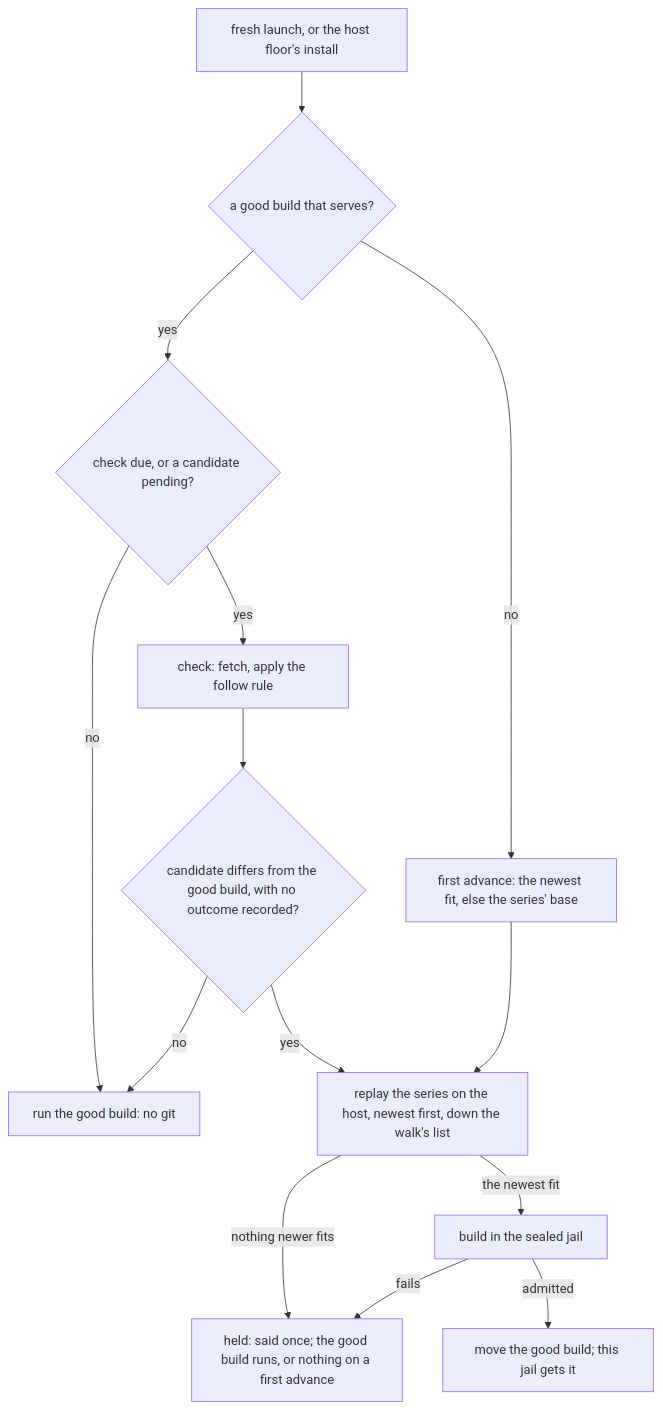
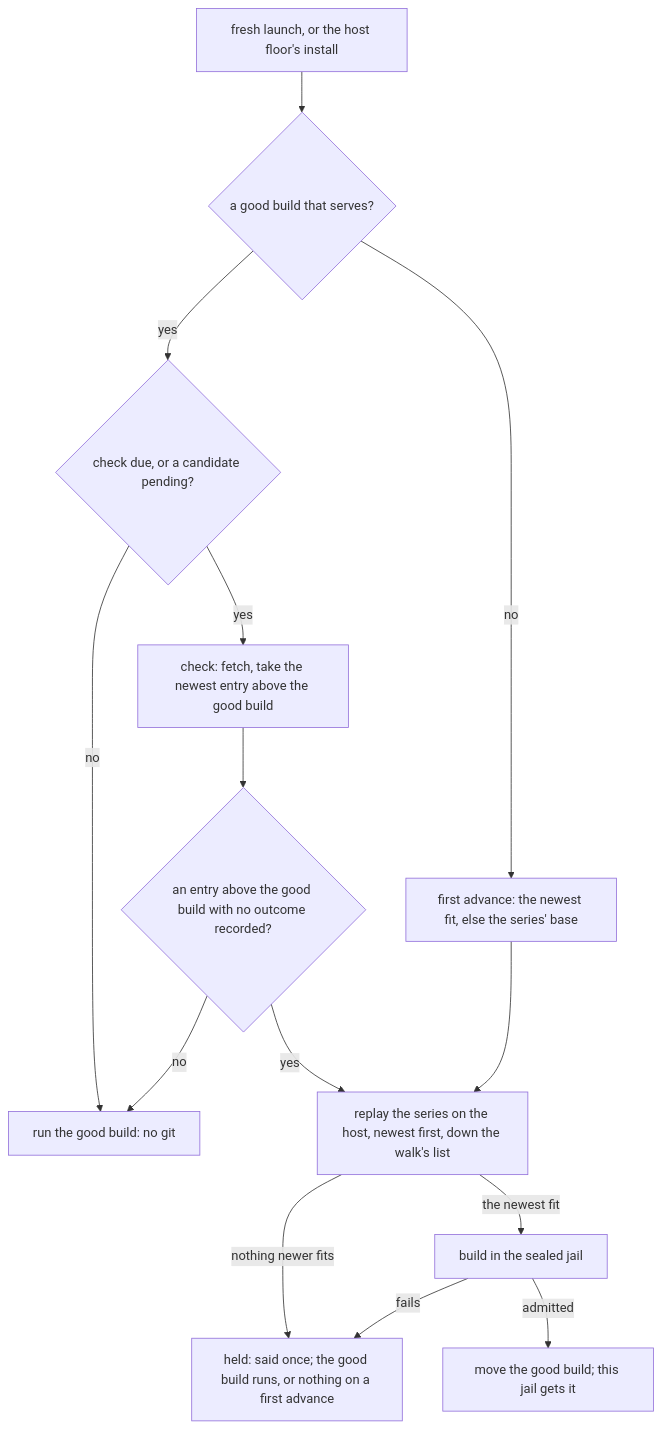
Before and after one commit to mschulkind-oss/yolo-jail: the diagram in docs/design/patched-forks.md, drawn with Mermaid. The commit also changed other lines of this file and 2 other files, not shown here.

First line of the commit message:
docs(design): pin what a patched fork's check finds, and correct the extension companion

````diff
--- a/docs/design/patched-forks.md
+++ b/docs/design/patched-forks.md
@@ -728,16 +747,16 @@
 ```mermaid
 flowchart TD
   act["fresh launch, or the host floor's install"] --> good{"a good build that serves?"}
   good -- "no" --> first["first advance: the newest fit, else the series' base"]
   good -- "yes" --> due{"check due, or a candidate pending?"}
   due -- "no" --> serve["run the good build: no git"]
-  due -- "yes" --> check["check: fetch, apply the follow rule"]
-  check --> diff{"candidate differs from the good build, with no outcome recorded?"}
+  due -- "yes" --> check["check: fetch, take the newest entry above the good build"]
+  check --> diff{"an entry above the good build with no outcome recorded?"}
   diff -- "no" --> serve
   diff -- "yes" --> replay["replay the series on the host, newest first, down the walk's list"]
   first --> replay
   replay -- "nothing newer fits" --> held["held: said once; the good build runs, or nothing on a first advance"]
   replay -- "the newest fit" --> build["build in the sealed jail"]
   build -- "fails" --> held
   build -- "admitted" --> move["move the good build; this jail gets it"]
 ```
````
